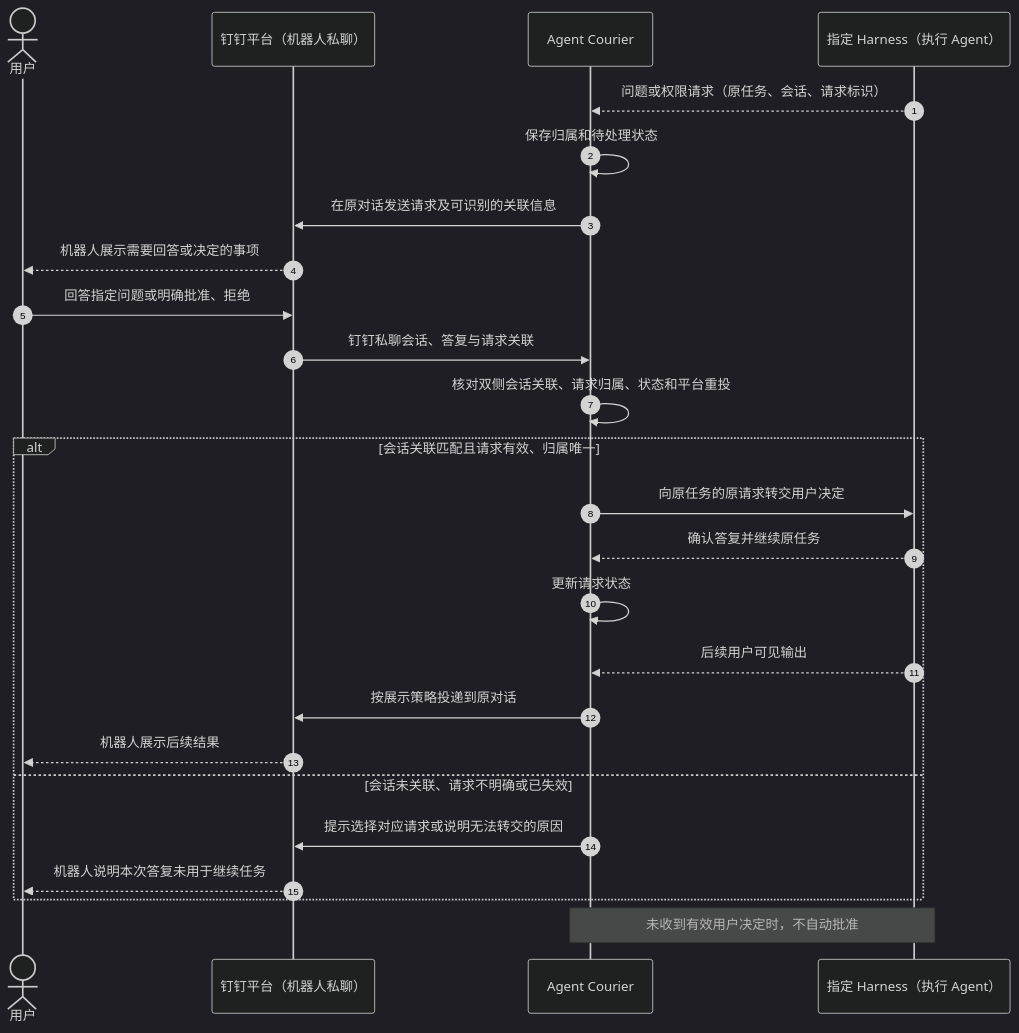
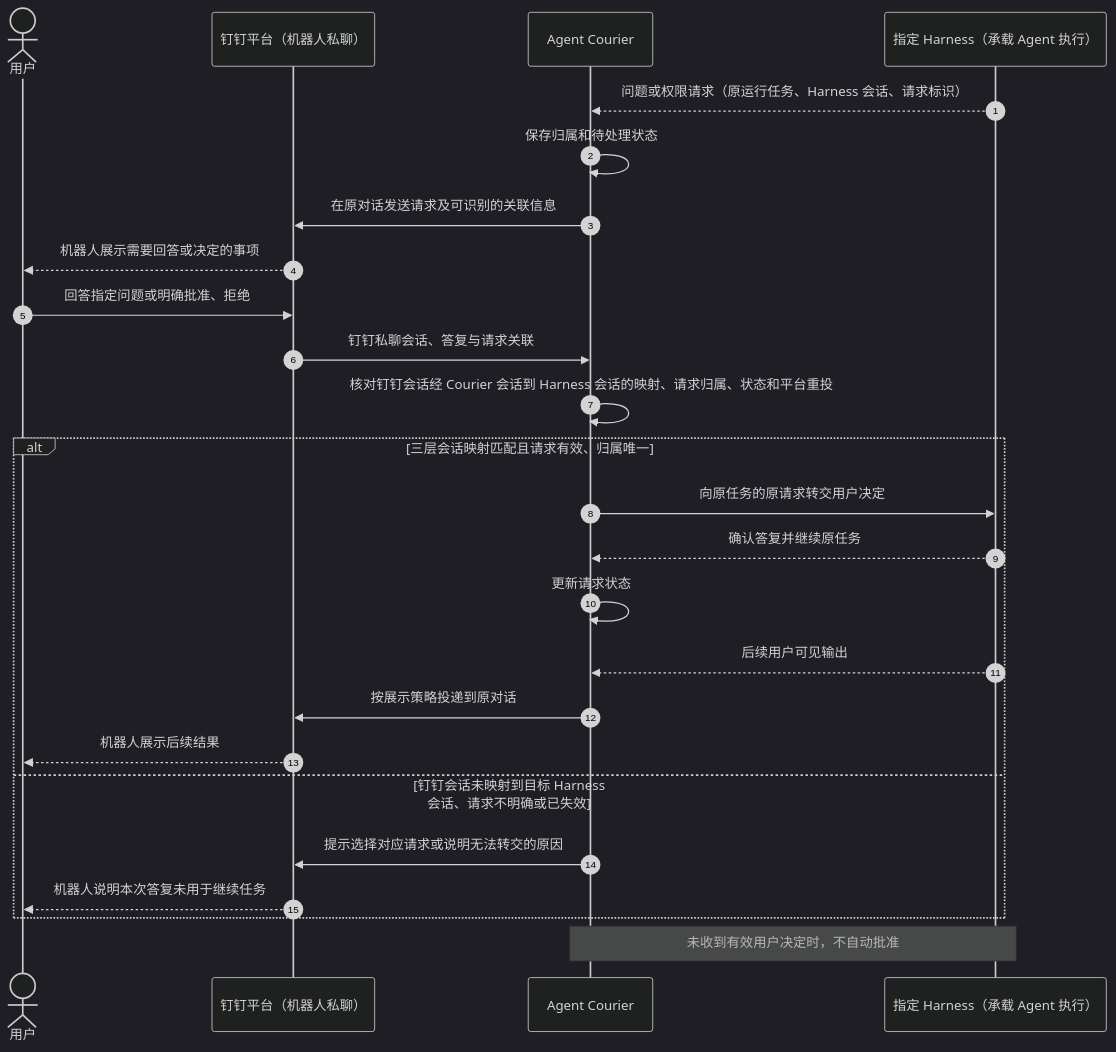
Before and after one commit to euyuil/agent-courier: the third of 3 diagrams in specs/001-dingtalk-conversation/spec.md, drawn with Mermaid (dark theme). The commit also changed other lines of this file and 12 other files, not shown here.

Commit message:
docs(terminology): 统一 Agent、Harness 与会话归属用语

````diff
--- a/specs/001-dingtalk-conversation/spec.md
+++ b/specs/001-dingtalk-conversation/spec.md
@@ -293,28 +298,28 @@
 ```mermaid
 sequenceDiagram
     autonumber
     actor U as 用户
     participant D as 钉钉平台（机器人私聊）
     participant C as Agent Courier
-    participant H as 指定 Harness（执行 Agent）
+    participant H as 指定 Harness（承载 Agent 执行）
 
-    H-->>C: 问题或权限请求（原任务、会话、请求标识）
+    H-->>C: 问题或权限请求（原运行任务、Harness 会话、请求标识）
     C->>C: 保存归属和待处理状态
     C->>D: 在原对话发送请求及可识别的关联信息
     D-->>U: 机器人展示需要回答或决定的事项
     U->>D: 回答指定问题或明确批准、拒绝
     D->>C: 钉钉私聊会话、答复与请求关联
-    C->>C: 核对双侧会话关联、请求归属、状态和平台重投
-    alt 会话关联匹配且请求有效、归属唯一
+    C->>C: 核对钉钉会话经 Courier 会话到 Harness 会话的映射、请求归属、状态和平台重投
+    alt 三层会话映射匹配且请求有效、归属唯一
         C->>H: 向原任务的原请求转交用户决定
         H-->>C: 确认答复并继续原任务
         C->>C: 更新请求状态
         H-->>C: 后续用户可见输出
         C->>D: 按展示策略投递到原对话
         D-->>U: 机器人展示后续结果
-    else 会话未关联、请求不明确或已失效
+    else 钉钉会话未映射到目标 Harness 会话、请求不明确或已失效
         C->>D: 提示选择对应请求或说明无法转交的原因
         D-->>U: 机器人说明本次答复未用于继续任务
     end
     Note over C,H: 未收到有效用户决定时，不自动批准
 ```
````
